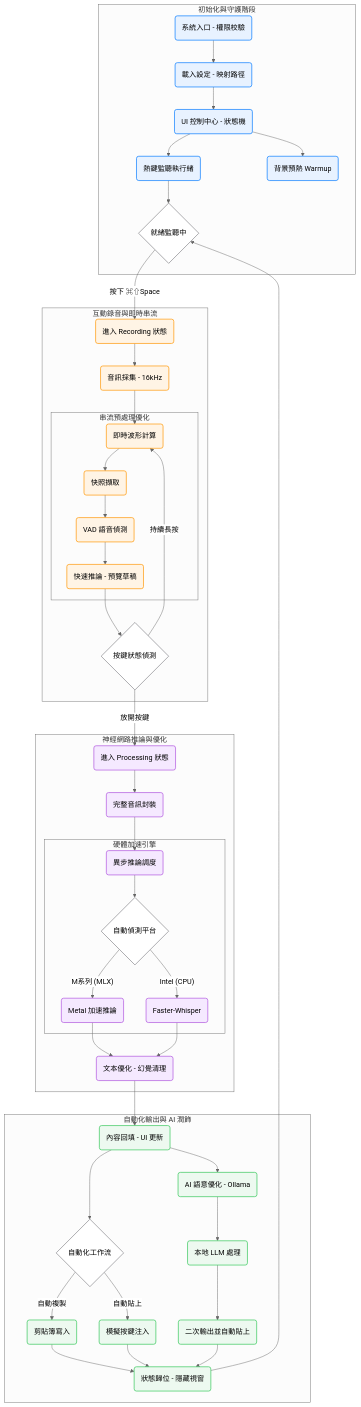
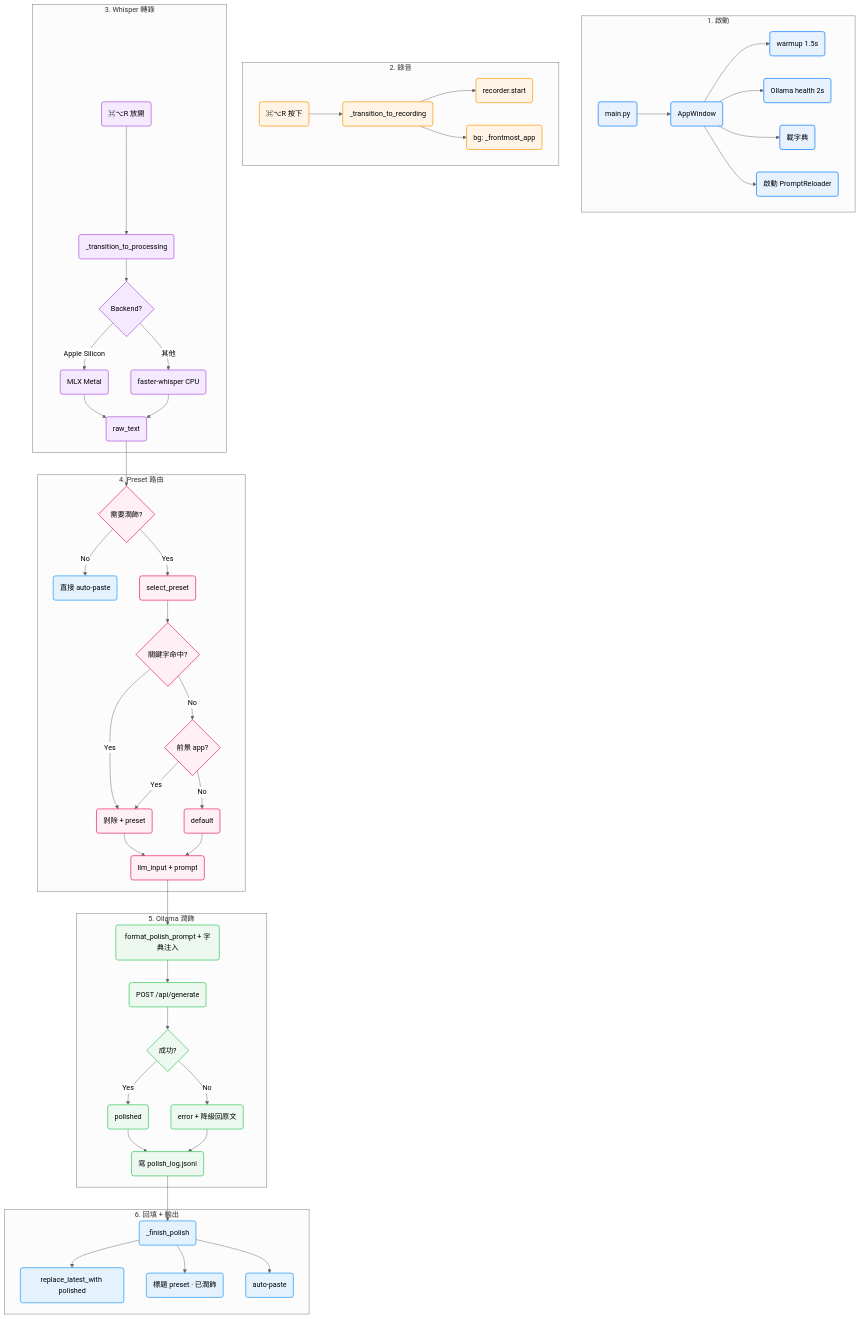
Before and after one commit to JerryChenYM-blip/Vibe_coding: the diagram in 應用程式運作流程.md, drawn with Mermaid (neutral theme). The commit also changed other lines of this file and 3 other files, not shown here.

````diff
--- a/應用程式運作流程.md
+++ b/應用程式運作流程.md
@@ -11,68 +148,66 @@
 ```mermaid
 graph TD
-    %% Apple System Color Palette (相容性優化版)
     classDef initStyle fill:#E8F2FF,stroke:#007AFF,stroke-width:1.5px
     classDef recordStyle fill:#FFF4E5,stroke:#FF9500,stroke-width:1.5px
-    classDef processStyle fill:#F5E9FF,stroke:#AF52DE,stroke-width:1.5px
-    classDef outputStyle fill:#EDF9F0,stroke:#34C759,stroke-width:1.5px
-    classDef decisionStyle fill:#ffffff,stroke:#86868b,stroke-width:1.5px
+    classDef transcribeStyle fill:#F5E9FF,stroke:#AF52DE,stroke-width:1.5px
+    classDef routeStyle fill:#FFF0F5,stroke:#E91E63,stroke-width:1.5px
+    classDef polishStyle fill:#EDF9F0,stroke:#34C759,stroke-width:1.5px
+    classDef outputStyle fill:#E3F2FD,stroke:#2196F3,stroke-width:1.5px
 
-    subgraph Phase1 [初始化與守護階段]
-        A(系統入口 - 權限校驗) --> B(載入設定 - 映射路徑)
-        B --> C(UI 控制中心 - 狀態機)
-        C --> D(熱鍵監聽執行緒)
-        C --> E(背景預熱 Warmup)
-        D --> F{就緒監聽中}
+    subgraph P1 [1. 啟動]
+        A(main.py) --> B(AppWindow)
+        B --> C1(warmup 1.5s)
+        B --> C2(Ollama health 2s)
+        B --> C3(載字典)
+        B --> C4(啟動 PromptReloader)
     end
 
-    subgraph Phase2 [互動錄音與即時串流]
-        F -- "按下 ⌘⇧Space" --> G(進入 Recording 狀態)
-        G --> H(音訊採集 - 16kHz)
-        H --> I(即時波形計算)
-        
-        subgraph StreamOptimization [串流預處理優化]
-            I --> J(快照擷取)
-            J --> K(VAD 語音偵測)
-            K --> L(快速推論 - 預覽草稿)
-        end
-        
-        L --> M{按鍵狀態偵測}
-        M -- "持續長按" --> I
+    subgraph P2 [2. 錄音]
+        D(⌘⌥R 按下) --> E(_transition_to_recording)
+        E --> F1(recorder.start)
+        E --> F2(bg: _frontmost_app)
     end
 
-    subgraph Phase3 [神經網路推論與優化]
-        M -- "放開按鍵" --> N(進入 Processing 狀態)
-        N --> O(完整音訊封裝)
-        O --> P(異步推論調度)
-        
-        subgraph HardwareAcceleration [硬體加速引擎]
-            P --> Q{自動偵測平台}
-            Q -- "M系列 (MLX)" --> R(Metal 加速推論)
-            Q -- "Intel (CPU)" --> S(Faster-Whisper)
-        end
-        
-        R & S --> T(文本優化 - 幻覺清理)
+    subgraph P3 [3. Whisper 轉錄]
+        G(⌘⌥R 放開) --> H(_transition_to_processing)
+        H --> I{Backend?}
+        I -- Apple Silicon --> J1(MLX Metal)
+        I -- 其他 --> J2(faster-whisper CPU)
+        J1 & J2 --> K(raw_text)
     end
 
-    subgraph Phase4 [自動化輸出與 AI 潤飾]
-        T --> U(內容回填 - UI 更新)
-        U --> V{自動化工作流}
-        
-        V -- "自動複製" --> W(剪貼簿寫入)
-        V -- "自動貼上" --> X(模擬按鍵注入)
-        
-        U --> Y(AI 語意優化 - Ollama)
-        Y --> Z(本地 LLM 處理)
-        Z --> AA(二次輸出並自動貼上)
-        
-        W & X & AA --> AB(狀態歸位 - 隱藏視窗)
-        AB --> F
+    subgraph P4 [4. Preset 路由]
+        K --> L{需要潤飾?}
+        L -- No --> Y(直接 auto-paste)
+        L -- Yes --> M(select_preset)
+        M --> N1{關鍵字命中?}
+        N1 -- Yes --> O(剝除 + preset)
+        N1 -- No --> N2{前景 app?}
+        N2 -- Yes --> O
+        N2 -- No --> P(default)
+        O & P --> Q(llm_input + prompt)
     end
 
-    %% 套用樣式
-    class A,B,C,D,E initStyle;
-    class G,H,I,J,K,L recordStyle;
-    class N,O,P,R,S,T processStyle;
-    class U,W,X,Y,Z,AA,AB outputStyle;
-    class F,M,Q,V decisionStyle;
+    subgraph P5 [5. Ollama 潤飾]
+        Q --> R(format_polish_prompt + 字典注入)
+        R --> S(POST /api/generate)
+        S --> T{成功?}
+        T -- Yes --> U1(polished)
+        T -- No --> U2(error + 降級回原文)
+        U1 & U2 --> V(寫 polish_log.jsonl)
+    end
+
+    subgraph P6 [6. 回填 + 輸出]
+        V --> W(_finish_polish)
+        W --> X1(replace_latest_with polished)
+        W --> X2(標題 preset · 已潤飾)
+        W --> X3(auto-paste)
+    end
+
+    class A,B,C1,C2,C3,C4 initStyle
+    class D,E,F1,F2 recordStyle
+    class G,H,I,J1,J2,K transcribeStyle
+    class L,M,N1,N2,O,P,Q routeStyle
+    class R,S,T,U1,U2,V polishStyle
+    class W,X1,X2,X3,Y outputStyle
 ```
````
